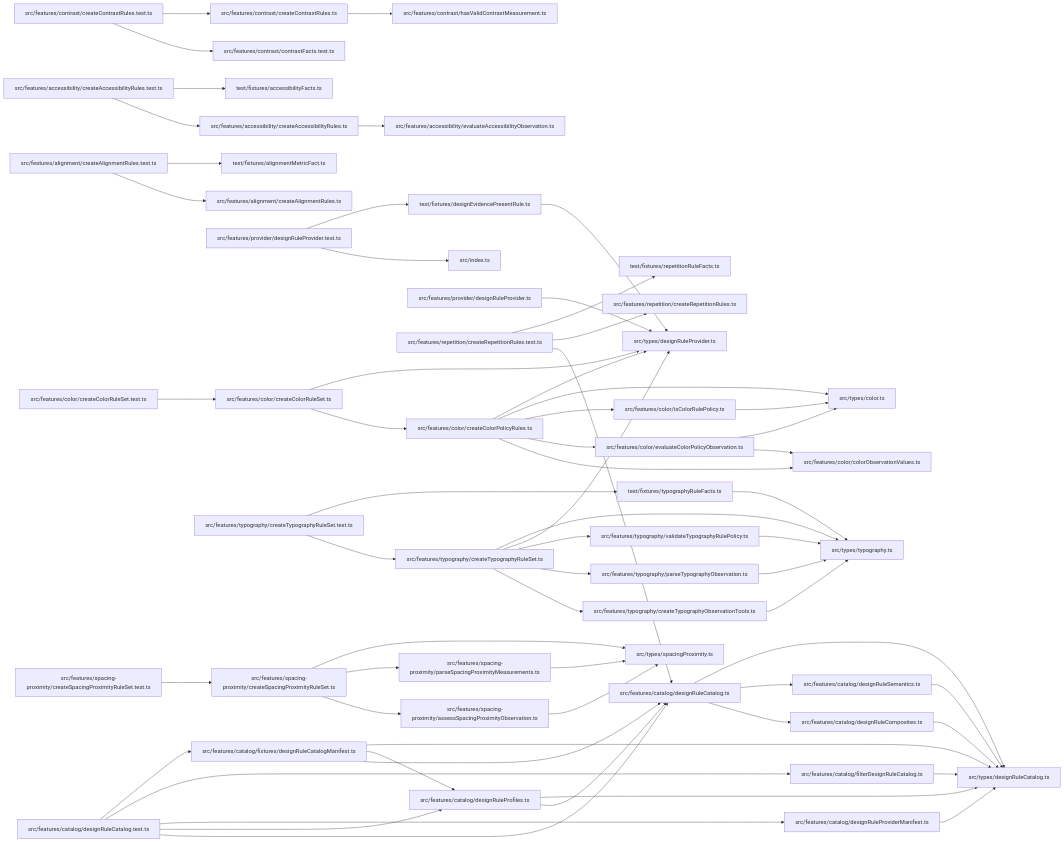
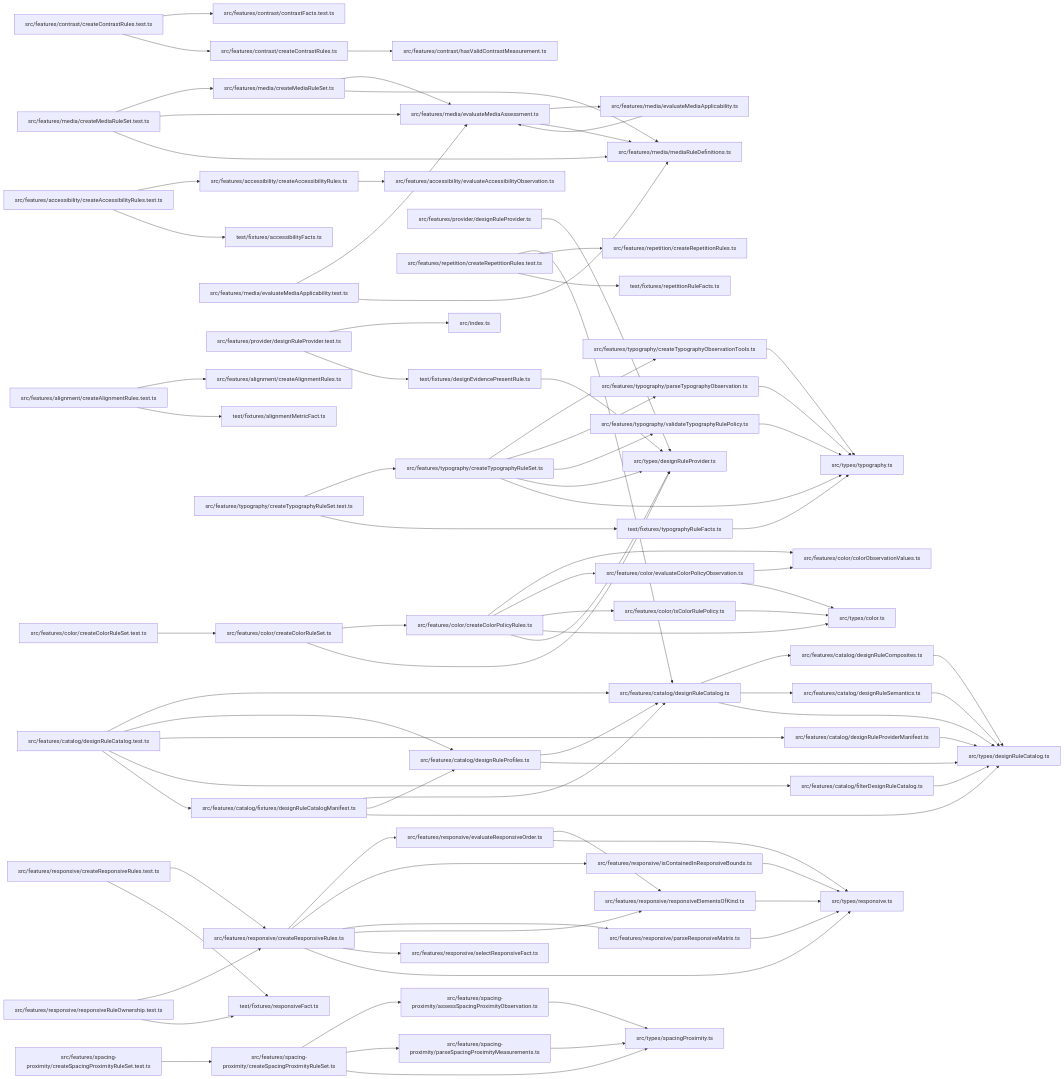
The diagram in paradox/diagrams/module-relationships.mmd (ankhorage/rules-design), drawn with Mermaid before and after one commit. The commit also changed 10 other files, not shown here.

```diff
--- a/paradox/diagrams/module-relationships.mmd
+++ b/paradox/diagrams/module-relationships.mmd
@@ -22,10 +22,24 @@
   module_src_features_contrast_createContrastRules_test_ts["src/features/contrast/createContrastRules.test.ts"]
   module_src_features_contrast_createContrastRules_ts["src/features/contrast/createContrastRules.ts"]
   module_src_features_contrast_hasValidContrastMeasurement_ts["src/features/contrast/hasValidContrastMeasurement.ts"]
+  module_src_features_media_createMediaRuleSet_test_ts["src/features/media/createMediaRuleSet.test.ts"]
+  module_src_features_media_createMediaRuleSet_ts["src/features/media/createMediaRuleSet.ts"]
+  module_src_features_media_evaluateMediaApplicability_test_ts["src/features/media/evaluateMediaApplicability.test.ts"]
+  module_src_features_media_evaluateMediaApplicability_ts["src/features/media/evaluateMediaApplicability.ts"]
+  module_src_features_media_evaluateMediaAssessment_ts["src/features/media/evaluateMediaAssessment.ts"]
+  module_src_features_media_mediaRuleDefinitions_ts["src/features/media/mediaRuleDefinitions.ts"]
   module_src_features_provider_designRuleProvider_test_ts["src/features/provider/designRuleProvider.test.ts"]
   module_src_features_provider_designRuleProvider_ts["src/features/provider/designRuleProvider.ts"]
   module_src_features_repetition_createRepetitionRules_test_ts["src/features/repetition/createRepetitionRules.test.ts"]
   module_src_features_repetition_createRepetitionRules_ts["src/features/repetition/createRepetitionRules.ts"]
+  module_src_features_responsive_createResponsiveRules_test_ts["src/features/responsive/createResponsiveRules.test.ts"]
+  module_src_features_responsive_createResponsiveRules_ts["src/features/responsive/createResponsiveRules.ts"]
+  module_src_features_responsive_evaluateResponsiveOrder_ts["src/features/responsive/evaluateResponsiveOrder.ts"]
+  module_src_features_responsive_isContainedInResponsiveBounds_ts["src/features/responsive/isContainedInResponsiveBounds.ts"]
+  module_src_features_responsive_parseResponsiveMatrix_ts["src/features/responsive/parseResponsiveMatrix.ts"]
+  module_src_features_responsive_responsiveElementsOfKind_ts["src/features/responsive/responsiveElementsOfKind.ts"]
+  module_src_features_responsive_responsiveRuleOwnership_test_ts["src/features/responsive/responsiveRuleOwnership.test.ts"]
+  module_src_features_responsive_selectResponsiveFact_ts["src/features/responsive/selectResponsiveFact.ts"]
   module_src_features_spacing_proximity_assessSpacingProximityObservation_ts["src/features/spacing-proximity/assessSpacingProximityObservation.ts"]
   module_src_features_spacing_proximity_createSpacingProximityRuleSet_test_ts["src/features/spacing-proximity/createSpacingProximityRuleSet.test.ts"]
   module_src_features_spacing_proximity_createSpacingProximityRuleSet_ts["src/features/spacing-proximity/createSpacingProximityRuleSet.ts"]
@@ -39,12 +53,14 @@
   module_src_types_color_ts["src/types/color.ts"]
   module_src_types_designRuleCatalog_ts["src/types/designRuleCatalog.ts"]
   module_src_types_designRuleProvider_ts["src/types/designRuleProvider.ts"]
+  module_src_types_responsive_ts["src/types/responsive.ts"]
   module_src_types_spacingProximity_ts["src/types/spacingProximity.ts"]
   module_src_types_typography_ts["src/types/typography.ts"]
   module_test_fixtures_accessibilityFacts_ts["test/fixtures/accessibilityFacts.ts"]
   module_test_fixtures_alignmentMetricFact_ts["test/fixtures/alignmentMetricFact.ts"]
   module_test_fixtures_designEvidencePresentRule_ts["test/fixtures/designEvidencePresentRule.ts"]
   module_test_fixtures_repetitionRuleFacts_ts["test/fixtures/repetitionRuleFacts.ts"]
+  module_test_fixtures_responsiveFact_ts["test/fixtures/responsiveFact.ts"]
   module_test_fixtures_typographyRuleFacts_ts["test/fixtures/typographyRuleFacts.ts"]
   module_src_features_accessibility_createAccessibilityRules_test_ts --> module_src_features_accessibility_createAccessibilityRules_ts
   module_src_features_accessibility_createAccessibilityRules_test_ts --> module_test_fixtures_accessibilityFacts_ts
@@ -82,12 +98,37 @@
   module_src_features_contrast_createContrastRules_test_ts --> module_src_features_contrast_contrastFacts_test_ts
   module_src_features_contrast_createContrastRules_test_ts --> module_src_features_contrast_createContrastRules_ts
   module_src_features_contrast_createContrastRules_ts --> module_src_features_contrast_hasValidContrastMeasurement_ts
+  module_src_features_media_createMediaRuleSet_test_ts --> module_src_features_media_createMediaRuleSet_ts
+  module_src_features_media_createMediaRuleSet_test_ts --> module_src_features_media_evaluateMediaAssessment_ts
+  module_src_features_media_createMediaRuleSet_test_ts --> module_src_features_media_mediaRuleDefinitions_ts
+  module_src_features_media_createMediaRuleSet_ts --> module_src_features_media_evaluateMediaAssessment_ts
+  module_src_features_media_createMediaRuleSet_ts --> module_src_features_media_mediaRuleDefinitions_ts
+  module_src_features_media_evaluateMediaApplicability_test_ts --> module_src_features_media_evaluateMediaAssessment_ts
+  module_src_features_media_evaluateMediaApplicability_test_ts --> module_src_features_media_mediaRuleDefinitions_ts
+  module_src_features_media_evaluateMediaApplicability_ts --> module_src_features_media_evaluateMediaAssessment_ts
+  module_src_features_media_evaluateMediaAssessment_ts --> module_src_features_media_evaluateMediaApplicability_ts
+  module_src_features_media_evaluateMediaAssessment_ts --> module_src_features_media_mediaRuleDefinitions_ts
   module_src_features_provider_designRuleProvider_test_ts --> module_src_index_ts
   module_src_features_provider_designRuleProvider_test_ts --> module_test_fixtures_designEvidencePresentRule_ts
   module_src_features_provider_designRuleProvider_ts --> module_src_types_designRuleProvider_ts
   module_src_features_repetition_createRepetitionRules_test_ts --> module_src_features_catalog_designRuleCatalog_ts
   module_src_features_repetition_createRepetitionRules_test_ts --> module_src_features_repetition_createRepetitionRules_ts
   module_src_features_repetition_createRepetitionRules_test_ts --> module_test_fixtures_repetitionRuleFacts_ts
+  module_src_features_responsive_createResponsiveRules_test_ts --> module_src_features_responsive_createResponsiveRules_ts
+  module_src_features_responsive_createResponsiveRules_test_ts --> module_test_fixtures_responsiveFact_ts
+  module_src_features_responsive_createResponsiveRules_ts --> module_src_features_responsive_evaluateResponsiveOrder_ts
+  module_src_features_responsive_createResponsiveRules_ts --> module_src_features_responsive_isContainedInResponsiveBounds_ts
+  module_src_features_responsive_createResponsiveRules_ts --> module_src_features_responsive_parseResponsiveMatrix_ts
+  module_src_features_responsive_createResponsiveRules_ts --> module_src_features_responsive_responsiveElementsOfKind_ts
+  module_src_features_responsive_createResponsiveRules_ts --> module_src_features_responsive_selectResponsiveFact_ts
+  module_src_features_responsive_createResponsiveRules_ts --> module_src_types_responsive_ts
+  module_src_features_responsive_evaluateResponsiveOrder_ts --> module_src_features_responsive_responsiveElementsOfKind_ts
+  module_src_features_responsive_evaluateResponsiveOrder_ts --> module_src_types_responsive_ts
+  module_src_features_responsive_isContainedInResponsiveBounds_ts --> module_src_types_responsive_ts
+  module_src_features_responsive_parseResponsiveMatrix_ts --> module_src_types_responsive_ts
+  module_src_features_responsive_responsiveElementsOfKind_ts --> module_src_types_responsive_ts
+  module_src_features_responsive_responsiveRuleOwnership_test_ts --> module_src_features_responsive_createResponsiveRules_ts
+  module_src_features_responsive_responsiveRuleOwnership_test_ts --> module_test_fixtures_responsiveFact_ts
   module_src_features_spacing_proximity_assessSpacingProximityObservation_ts --> module_src_types_spacingProximity_ts
   module_src_features_spacing_proximity_createSpacingProximityRuleSet_test_ts --> module_src_features_spacing_proximity_createSpacingProximityRuleSet_ts
   module_src_features_spacing_proximity_createSpacingProximityRuleSet_ts --> module_src_features_spacing_proximity_assessSpacingProximityObservation_ts
```
